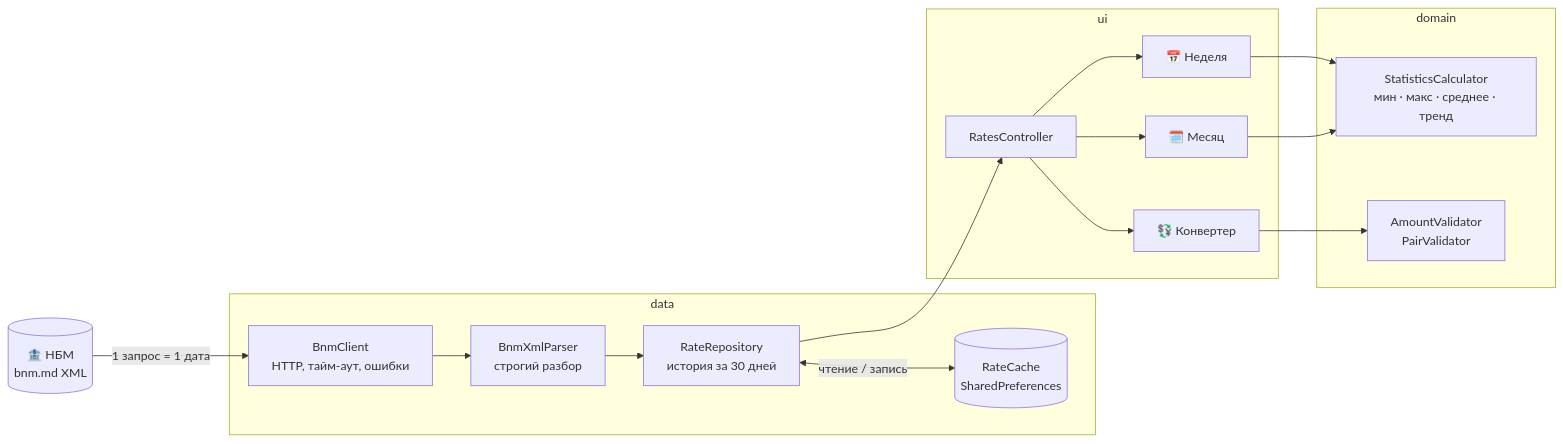
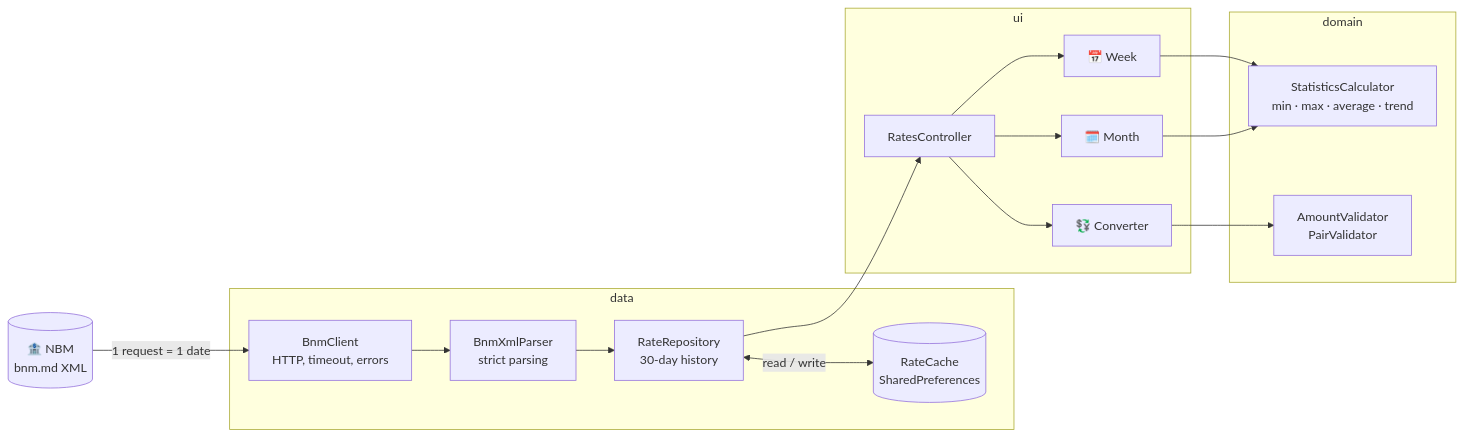
Before and after one commit to kurdogloolga/currency_rates_mobile: the first of 3 diagrams in README.md, drawn with Mermaid. The commit also changed other lines of this file, not shown here.

````diff
--- a/README.md
+++ b/README.md
@@ -209,27 +209,27 @@
 ```mermaid
 flowchart LR
-    BNM[("🏦 НБМ<br/>bnm.md XML")]
+    BNM[("🏦 NBM<br/>bnm.md XML")]
     subgraph data ["data"]
-        Client["BnmClient<br/>HTTP, тайм-аут, ошибки"]
-        Parser["BnmXmlParser<br/>строгий разбор"]
-        Repo["RateRepository<br/>история за 30 дней"]
+        Client["BnmClient<br/>HTTP, timeout, errors"]
+        Parser["BnmXmlParser<br/>strict parsing"]
+        Repo["RateRepository<br/>30-day history"]
         Cache[("RateCache<br/>SharedPreferences")]
     end
     subgraph domain ["domain"]
-        Stats["StatisticsCalculator<br/>мин · макс · среднее · тренд"]
+        Stats["StatisticsCalculator<br/>min · max · average · trend"]
         Valid["AmountValidator<br/>PairValidator"]
     end
     subgraph ui ["ui"]
         Ctrl["RatesController"]
-        Conv["💱 Конвертер"]
-        Week["📅 Неделя"]
-        Month["🗓️ Месяц"]
+        Conv["💱 Converter"]
+        Week["📅 Week"]
+        Month["🗓️ Month"]
     end
 
-    BNM -->|"1 запрос = 1 дата"| Client --> Parser --> Repo
-    Repo <-->|"чтение / запись"| Cache
+    BNM -->|"1 request = 1 date"| Client --> Parser --> Repo
+    Repo <-->|"read / write"| Cache
     Repo --> Ctrl
     Ctrl --> Conv & Week & Month
     Week & Month --> Stats
     Conv --> Valid
 ```
````
